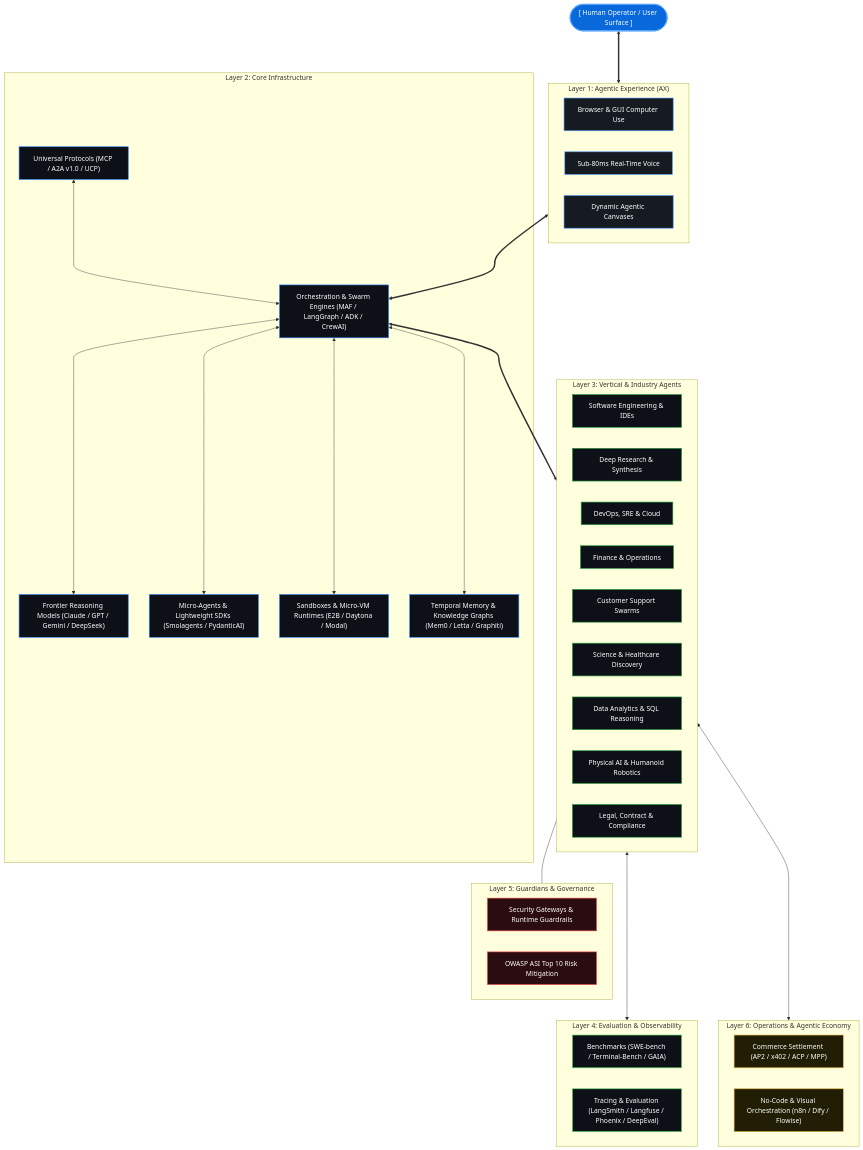
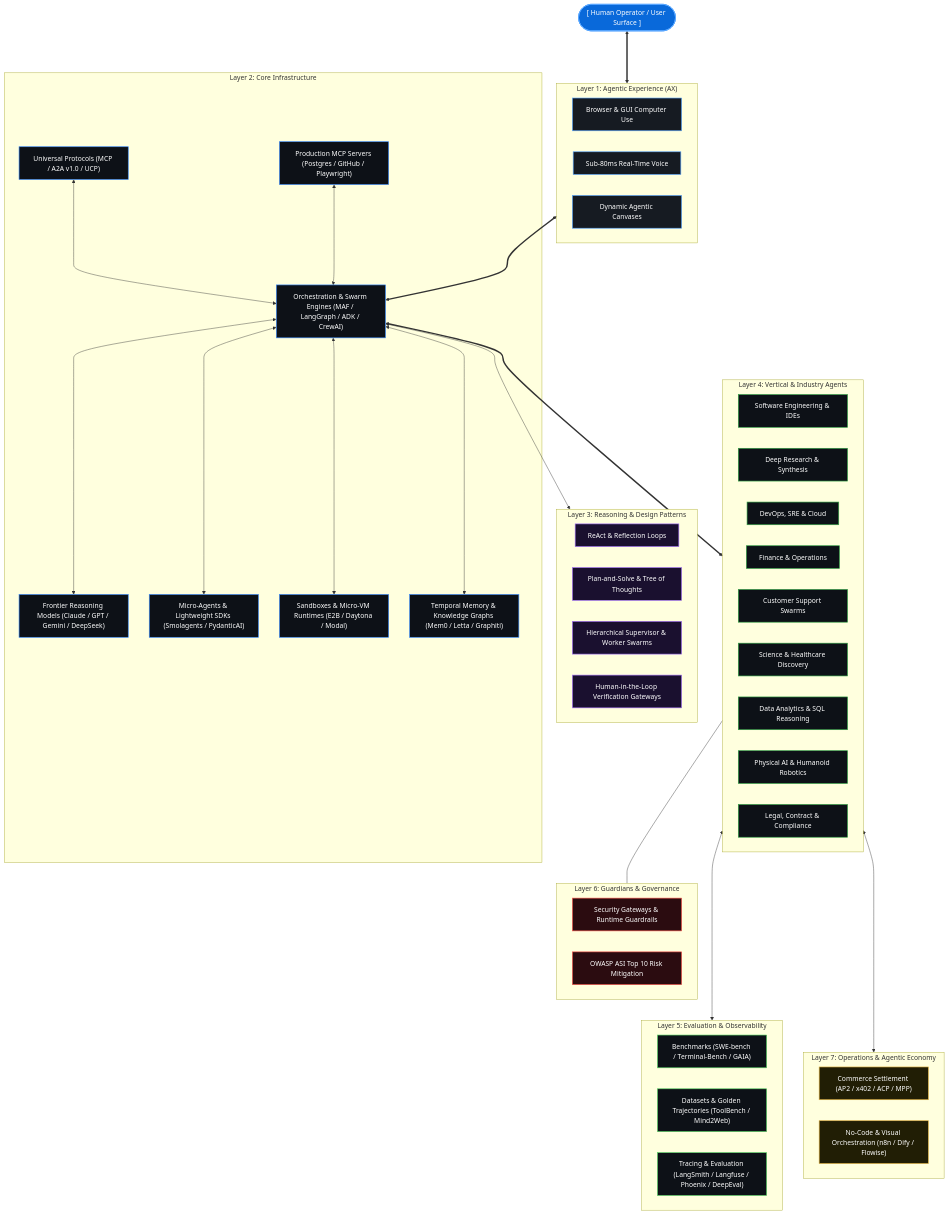
The diagram in Readme.md (HA2345567/awesome-autonomus-ai-agents), drawn with Mermaid before and after one commit. The commit also changed other lines of this file, not shown here.

Commit message:
feat(docs): add MCP servers, agent design patterns, trajectory datasets, seminal papers, and multi-language matrix

````diff
--- a/Readme.md
+++ b/Readme.md
@@ -81,9 +81,17 @@
         SAND["Sandboxes & Micro-VM Runtimes (E2B / Daytona / Modal)"]
         MEM["Temporal Memory & Knowledge Graphs (Mem0 / Letta / Graphiti)"]
         PR["Universal Protocols (MCP / A2A v1.0 / UCP)"]
+        MCP["Production MCP Servers (Postgres / GitHub / Playwright)"]
+    end
+
+    subgraph PATTERNS ["Layer 3: Reasoning & Design Patterns"]
+        REACT["ReAct & Reflection Loops"]
+        PLAN["Plan-and-Solve & Tree of Thoughts"]
+        SWARM["Hierarchical Supervisor & Worker Swarms"]
+        HITL["Human-in-the-Loop Verification Gateways"]
     end
     
-    subgraph VERT ["Layer 3: Vertical & Industry Agents"]
+    subgraph VERT ["Layer 4: Vertical & Industry Agents"]
         DEV["Software Engineering & IDEs"]
         RES["Deep Research & Synthesis"]
         OPS["DevOps, SRE & Cloud"]
@@ -95,28 +103,31 @@
         LAW["Legal, Contract & Compliance"]
     end
     
-    subgraph OBS ["Layer 4: Evaluation & Observability"]
+    subgraph OBS ["Layer 5: Evaluation & Observability"]
         BENCH["Benchmarks (SWE-bench / Terminal-Bench / GAIA)"]
+        CORPUS["Datasets & Golden Trajectories (ToolBench / Mind2Web)"]
         TRACE["Tracing & Evaluation (LangSmith / Langfuse / Phoenix / DeepEval)"]
     end
     
-    subgraph SEC ["Layer 5: Guardians & Governance"]
+    subgraph SEC ["Layer 6: Guardians & Governance"]
         GATE["Security Gateways & Runtime Guardrails"]
         OWASP["OWASP ASI Top 10 Risk Mitigation"]
     end
 
-    subgraph ECON ["Layer 6: Operations & Agentic Economy"]
+    subgraph ECON ["Layer 7: Operations & Agentic Economy"]
         PAY["Commerce Settlement (AP2 / x402 / ACP / MPP)"]
         WORK["No-Code & Visual Orchestration (n8n / Dify / Flowise)"]
     end
     
     User <===> AX
     AX <===> AF
+    AF <---> PATTERNS
     AF <---> MA
     AF <---> SAND
     AF <---> MEM
     AF <---> FM
     PR <---> AF
+    MCP <---> AF
     AF <===> VERT
     VERT <---> OBS
     VERT --- SEC
@@ -125,6 +136,7 @@
     classDef userStyle fill:#0969da,stroke:#58a6ff,stroke-width:2px,color:#ffffff;
     classDef axStyle fill:#161b22,stroke:#58a6ff,stroke-width:1.5px,color:#ffffff;
     classDef stackStyle fill:#0d1117,stroke:#388bfd,stroke-width:1.5px,color:#ffffff;
+    classDef patternStyle fill:#1a102f,stroke:#a371f7,stroke-width:1.5px,color:#ffffff;
     classDef vertStyle fill:#0d1117,stroke:#2ea043,stroke-width:1.5px,color:#ffffff;
     classDef obsStyle fill:#0d1117,stroke:#56d364,stroke-width:1.5px,color:#ffffff;
     classDef secStyle fill:#2b0c10,stroke:#f85149,stroke-width:1.5px,color:#ffffff;
@@ -132,9 +144,10 @@
     
     class User userStyle;
     class BU,VO,UI axStyle;
-    class FM,AF,MA,SAND,MEM,PR stackStyle;
+    class FM,AF,MA,SAND,MEM,PR,MCP stackStyle;
+    class REACT,PLAN,SWARM,HITL patternStyle;
     class DEV,RES,OPS,BIZ,CX,SCI,DATA,ROB,LAW vertStyle;
-    class BENCH,TRACE obsStyle;
+    class BENCH,CORPUS,TRACE obsStyle;
     class GATE,OWASP secStyle;
     class PAY,WORK econStyle;
 ```
````
